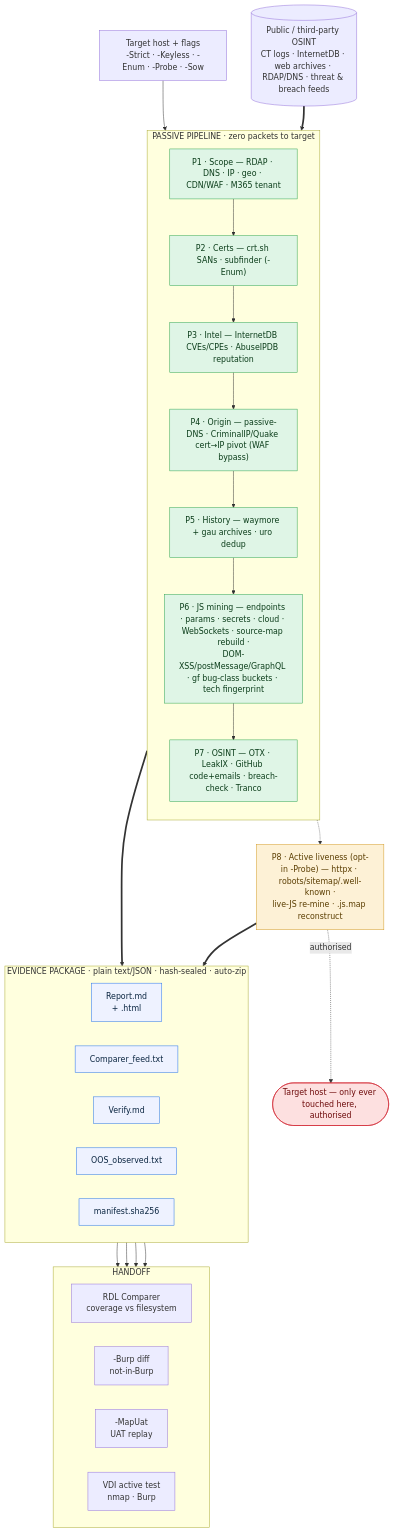
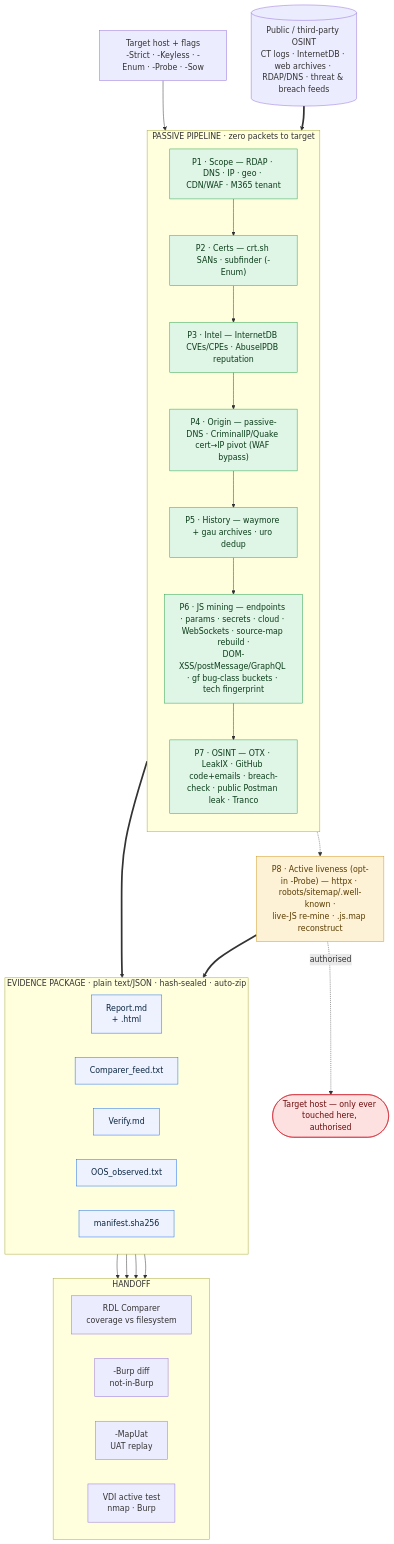
One commit to impramodsargar/AssetLens changed the diagram in README.md. Above: the diagram before and after it, drawn with Mermaid. The commit also changed other lines of this file and 1 other file, not shown here.

Commit message:
Add public Postman API-collection leak check (P7, keyless, domain-scoped)
reconFTW/postleaks-inspired OSINT: search Postman's PUBLIC data
(www.postman.com/_api/ws/proxy -> search-all, keyless) for the target domain,
then surface ONLY requests scoped to it - URL host == target (host-confirmed
via Test-InScope), or a templated {{var}} host that matched the domain search
(labelled "templated-verify"); requests with a literal OTHER host are dropped.
Fetches each in-scope request's detail (/_api/request/{id}) and flags leaked
auth/keys (Bearer/AIza/AKIA/sk_live/x-api-key/...). New Get-PostmanLeaks in
P7 -> 07_osint\postman.txt (+ raw per-request JSON in _raw) + a "Public
Postman" line in Report.md section 5.

Passive (zero packets to the target - only Postman is queried). Verified:
positive path on api.stripe.com (48 in-scope requests surfaced, off-host
files.stripe.com dropped, secret-scan runs), and graceful 0-result on
brokencrystals. Fixed a PS5.1 "@(list)+@(list) types do not match" via
List.AddRange. AST clean; README + diagram updated.

````diff
--- a/README.md
+++ b/README.md
@@ -37,54 +37,54 @@
 ```mermaid
 flowchart TB
     IN["Target host + flags<br/>-Strict · -Keyless · -Enum · -Probe · -Sow"]
     SRC[("Public / third-party OSINT<br/>CT logs · InternetDB · web archives · RDAP/DNS · threat &amp; breach feeds")]
 
     subgraph PASSIVE["PASSIVE PIPELINE  ·  zero packets to target"]
         direction TB
         P1["P1 · Scope — RDAP · DNS · IP · geo · CDN/WAF · M365 tenant"]
         P2["P2 · Certs — crt.sh SANs · subfinder (-Enum)"]
         P3["P3 · Intel — InternetDB CVEs/CPEs · AbuseIPDB reputation"]
         P4["P4 · Origin — passive-DNS · CriminalIP/Quake cert→IP pivot (WAF bypass)"]
         P5["P5 · History — waymore + gau archives · uro dedup"]
         P6["P6 · JS mining — endpoints · params · secrets · cloud · WebSockets · source-map rebuild ·<br/>DOM-XSS/postMessage/GraphQL · gf bug-class buckets · tech fingerprint"]
-        P7["P7 · OSINT — OTX · LeakIX · GitHub code+emails · breach-check · Tranco"]
+        P7["P7 · OSINT — OTX · LeakIX · GitHub code+emails · breach-check · public Postman leak · Tranco"]
         P1 --> P2 --> P3 --> P4 --> P5 --> P6 --> P7
     end
 
     P8["P8 · Active liveness (opt-in -Probe) — httpx · robots/sitemap/.well-known ·<br/>live-JS re-mine · .js.map reconstruct"]
     TGT(["Target host — only ever touched here, authorised"])
 
     subgraph OUT["EVIDENCE PACKAGE  ·  plain text/JSON · hash-sealed · auto-zip"]
         direction LR
         R["Report.md<br/>+ .html"]
         F["Comparer_feed.txt"]
         V["Verify.md"]
         O["OOS_observed.txt"]
         M["manifest.sha256"]
     end
 
     subgraph HAND["HANDOFF"]
         direction LR
         RDL["RDL Comparer<br/>coverage vs filesystem"]
         BURP["-Burp diff<br/>not-in-Burp"]
         UAT["-MapUat<br/>UAT replay"]
         VDI["VDI active test<br/>nmap · Burp"]
     end
 
     IN --> PASSIVE
     SRC ==> PASSIVE
     PASSIVE ==> OUT
     PASSIVE -.-> P8
     P8 -. "authorised" .-> TGT
     P8 ==> OUT
     OUT --> RDL & BURP & UAT & VDI
 
     classDef pass fill:#dff5e6,stroke:#2ea44f,color:#0b3d1a;
     classDef act fill:#fdf1d6,stroke:#d29922,color:#5a3d00;
     classDef tgt fill:#fde0e0,stroke:#cf222e,color:#6e0b0b;
     classDef out fill:#eef2ff,stroke:#1f6feb,color:#0a2540;
     class P1,P2,P3,P4,P5,P6,P7 pass;
     class P8 act;
     class TGT tgt;
     class R,F,V,O,M out;
 ```
````
